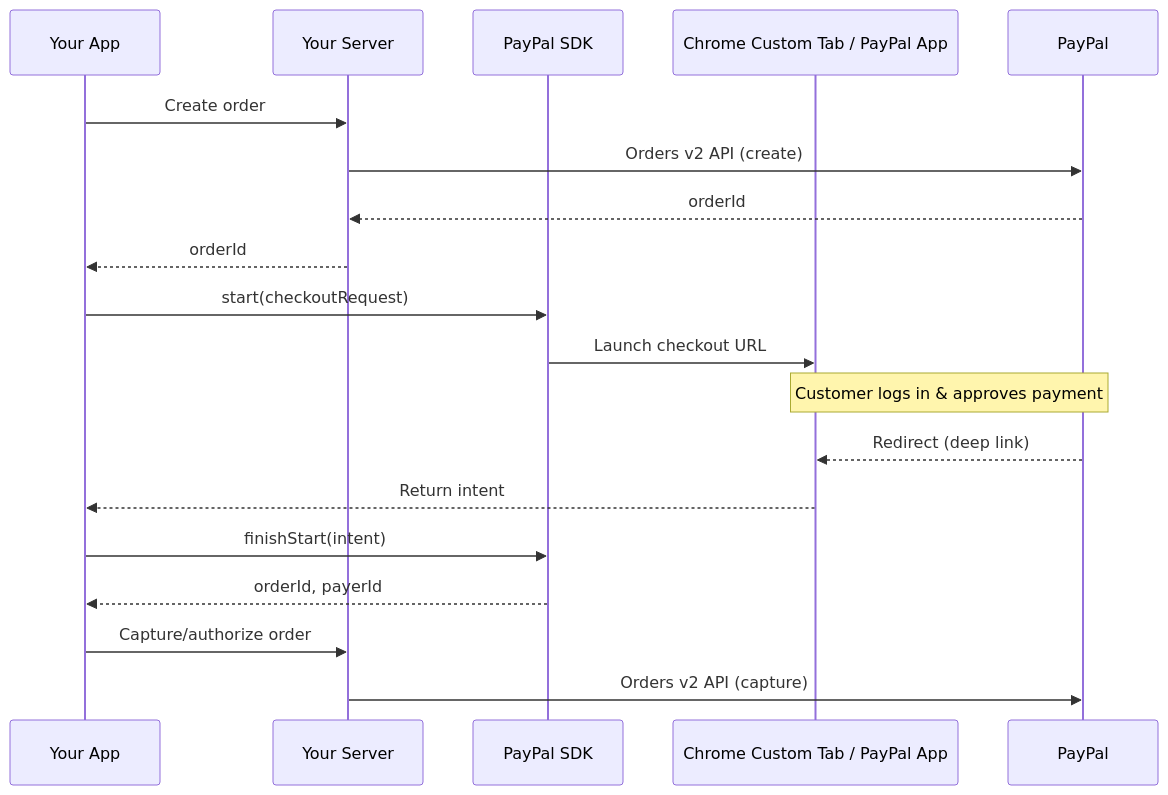
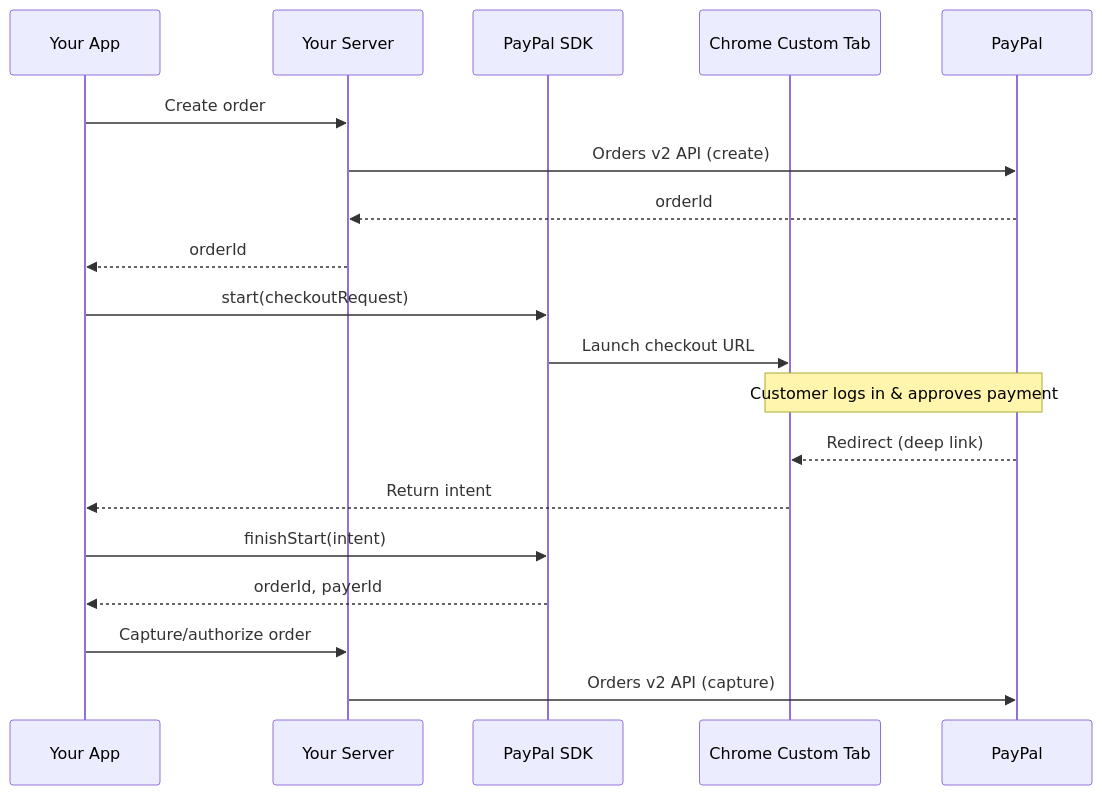
Before and after one commit to paypal/paypal-android: the seventh of 8 diagrams in Docs/IntegrationGuide.md, drawn with Mermaid. The commit also changed other lines of this file, not shown here.

First line of the commit message:
Make integration guide app-switch-forward with eligibility docs and diagrams

````diff
--- a/Docs/IntegrationGuide.md
+++ b/Docs/IntegrationGuide.md
@@ -628,22 +701,22 @@
 ```mermaid
 sequenceDiagram
     participant App as Your App
     participant Server as Your Server
     participant SDK as PayPal SDK
-    participant Browser as Chrome Custom Tab / PayPal App
+    participant Browser as Chrome Custom Tab
     participant PayPal as PayPal
 
     App->>Server: Create order
     Server->>PayPal: Orders v2 API (create)
     PayPal-->>Server: orderId
     Server-->>App: orderId
     App->>SDK: start(checkoutRequest)
     SDK->>Browser: Launch checkout URL
     Note over Browser,PayPal: Customer logs in & approves payment
     PayPal-->>Browser: Redirect (deep link)
     Browser-->>App: Return intent
     App->>SDK: finishStart(intent)
     SDK-->>App: orderId, payerId
     App->>Server: Capture/authorize order
     Server->>PayPal: Orders v2 API (capture)
 ```
````
